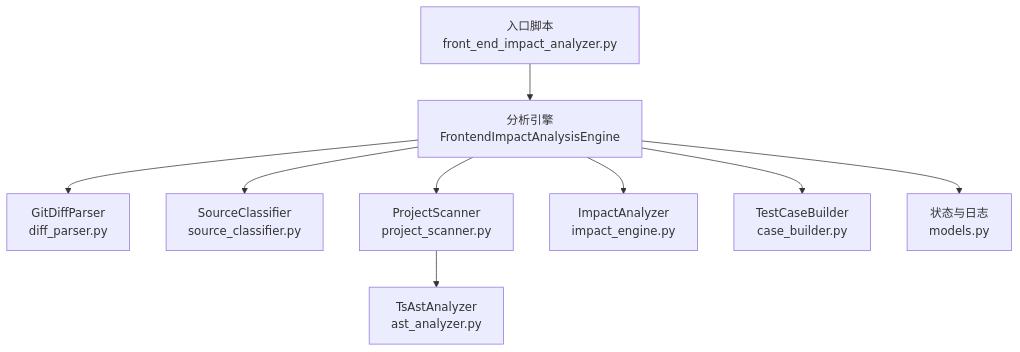
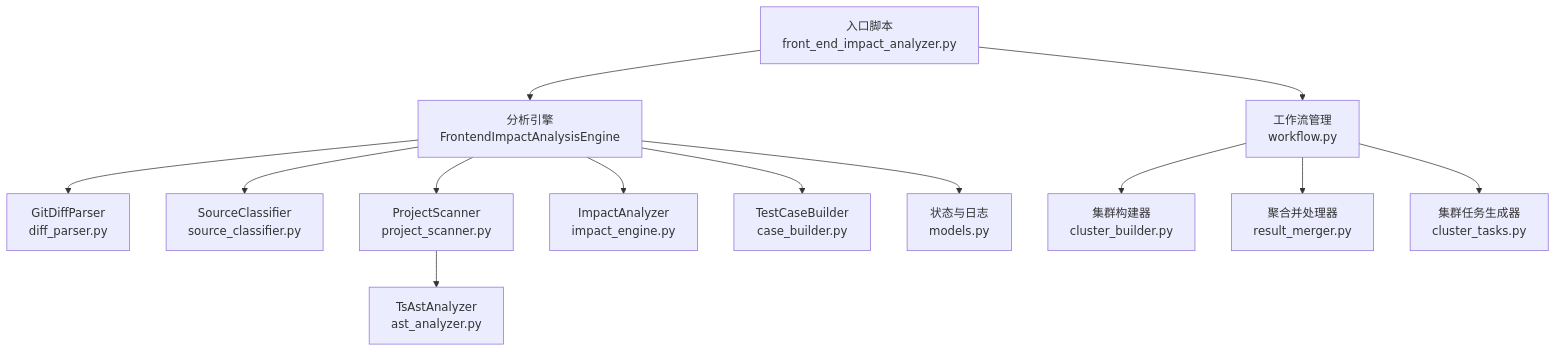
The first of 12 diagrams in .qoder/repowiki/zh/content/技术架构/技术架构.md (brand-new-remo/frontend-impact-analyzer), drawn with Mermaid before and after one commit. The commit also changed other lines of this file and 9 other files, not shown here.

````diff
--- a/.qoder/repowiki/zh/content/技术架构/技术架构.md
+++ b/.qoder/repowiki/zh/content/技术架构/技术架构.md
@@ -38,11 +58,15 @@
 ```mermaid
 graph TB
 A["入口脚本<br/>front_end_impact_analyzer.py"] --> B["分析引擎<br/>FrontendImpactAnalysisEngine"]
 B --> C["GitDiffParser<br/>diff_parser.py"]
 B --> D["SourceClassifier<br/>source_classifier.py"]
 B --> E["ProjectScanner<br/>project_scanner.py"]
 B --> F["ImpactAnalyzer<br/>impact_engine.py"]
 B --> G["TestCaseBuilder<br/>case_builder.py"]
 B --> H["状态与日志<br/>models.py"]
 E --> I["TsAstAnalyzer<br/>ast_analyzer.py"]
+A --> J["工作流管理<br/>workflow.py"]
+J --> K["集群构建器<br/>cluster_builder.py"]
+J --> L["聚合并处理器<br/>result_merger.py"]
+J --> M["集群任务生成器<br/>cluster_tasks.py"]
 ```
````
